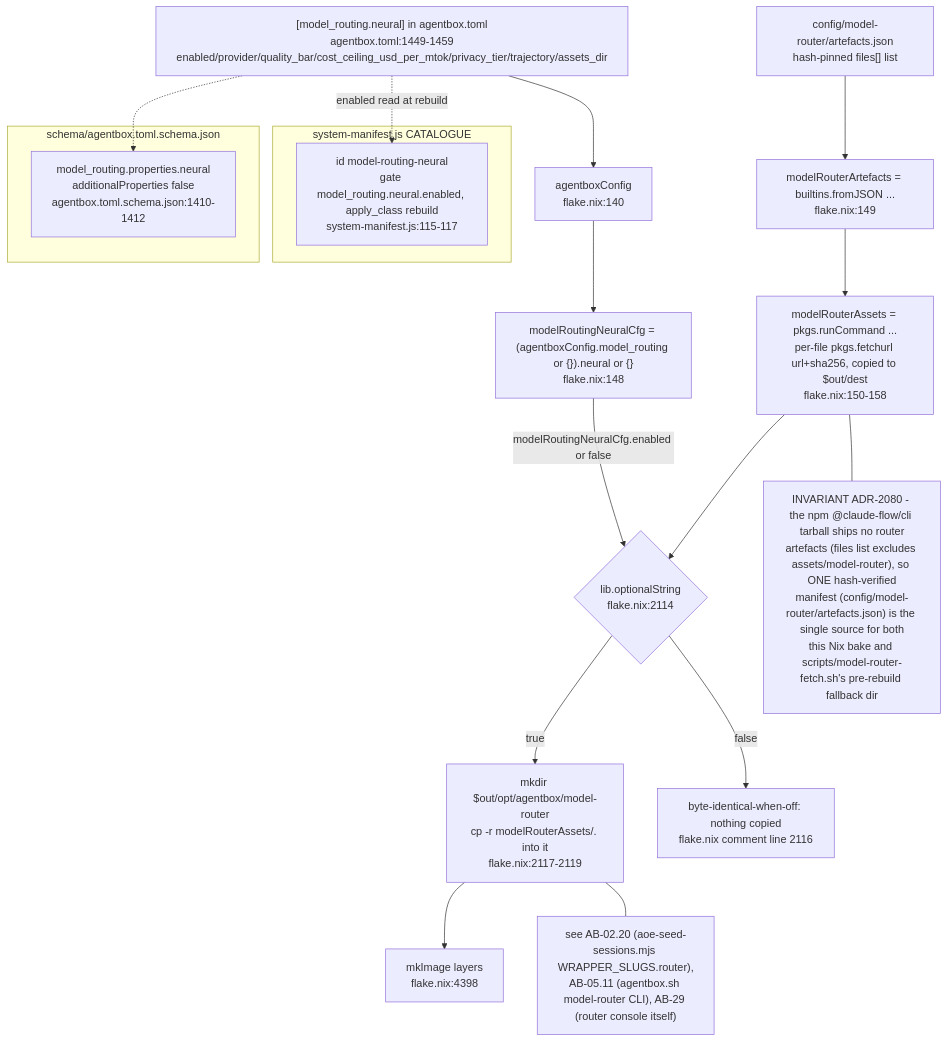
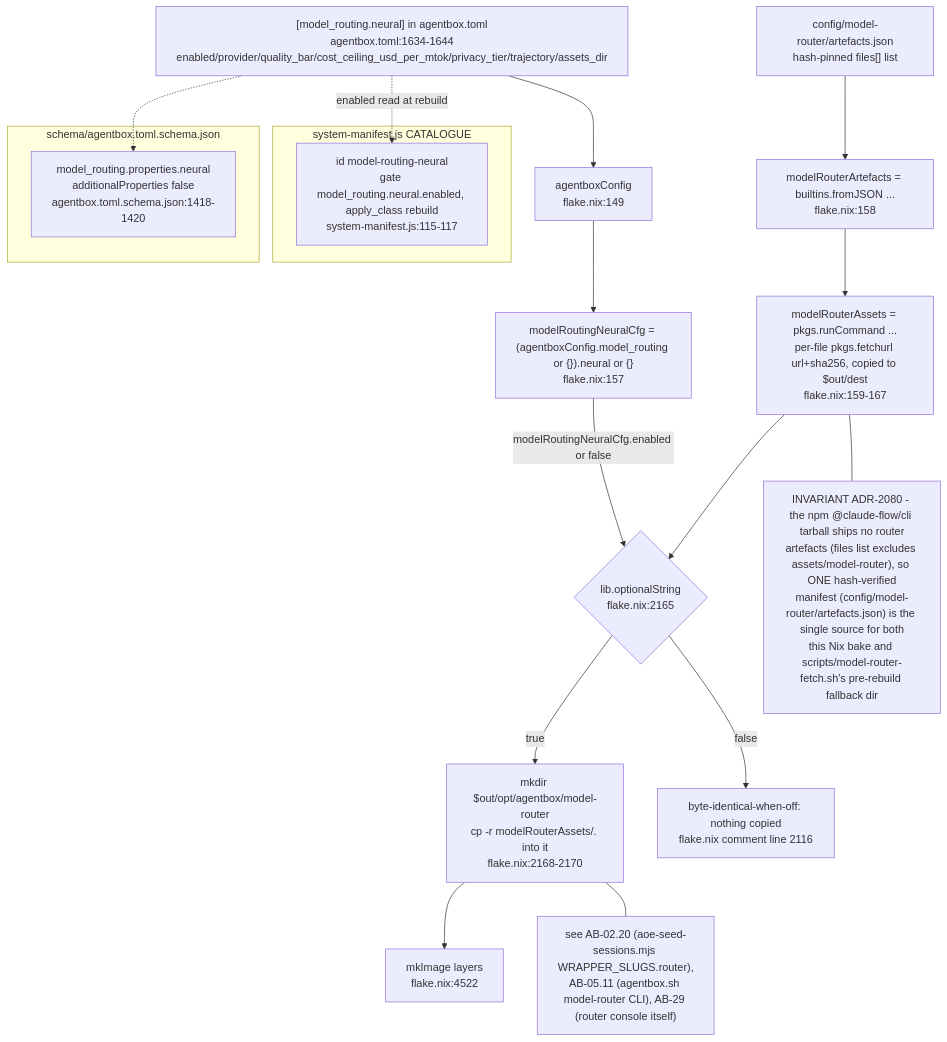
Before and after one commit to DreamLab-AI/VisionFlow: the tenth of 10 diagrams in docs/diagrams/agentbox/01-nix-flake-composition.md, drawn with Mermaid. The commit also changed other lines of this file and 80 other files, not shown here.

First line of the commit message:
docs(diagrams): re-verify the agentbox, dreamlab, estate and visionflow corpus against current sources

````diff
--- a/docs/diagrams/agentbox/01-nix-flake-composition.md
+++ b/docs/diagrams/agentbox/01-nix-flake-composition.md
@@ -442,29 +458,29 @@
 ```mermaid
 flowchart TB
-    TOML2["[model_routing.neural] in agentbox.toml<br/>agentbox.toml:1449-1459<br/>enabled/provider/quality_bar/cost_ceiling_usd_per_mtok/privacy_tier/trajectory/assets_dir"] --> CFG2["agentboxConfig<br/>flake.nix:140"]
-    CFG2 --> MRNCFG["modelRoutingNeuralCfg = (agentboxConfig.model_routing or {}).neural or {}<br/>flake.nix:148"]
-    ARTJSON["config/model-router/artefacts.json<br/>hash-pinned files[] list"] --> MRNFETCH["modelRouterArtefacts = builtins.fromJSON ...<br/>flake.nix:149"]
-    MRNFETCH --> MRNASSETS["modelRouterAssets = pkgs.runCommand ...<br/>per-file pkgs.fetchurl url+sha256, copied to $out/dest<br/>flake.nix:150-158"]
+    TOML2["[model_routing.neural] in agentbox.toml<br/>agentbox.toml:1634-1644<br/>enabled/provider/quality_bar/cost_ceiling_usd_per_mtok/privacy_tier/trajectory/assets_dir"] --> CFG2["agentboxConfig<br/>flake.nix:149"]
+    CFG2 --> MRNCFG["modelRoutingNeuralCfg = (agentboxConfig.model_routing or {}).neural or {}<br/>flake.nix:157"]
+    ARTJSON["config/model-router/artefacts.json<br/>hash-pinned files[] list"] --> MRNFETCH["modelRouterArtefacts = builtins.fromJSON ...<br/>flake.nix:158"]
+    MRNFETCH --> MRNASSETS["modelRouterAssets = pkgs.runCommand ...<br/>per-file pkgs.fetchurl url+sha256, copied to $out/dest<br/>flake.nix:159-167"]
 
-    MRNCFG -->|"modelRoutingNeuralCfg.enabled or false"| GATE{"lib.optionalString<br/>flake.nix:2114"}
+    MRNCFG -->|"modelRoutingNeuralCfg.enabled or false"| GATE{"lib.optionalString<br/>flake.nix:2165"}
     MRNASSETS --> GATE
-    GATE -->|true| BAKE["mkdir $out/opt/agentbox/model-router<br/>cp -r modelRouterAssets/. into it<br/>flake.nix:2117-2119"]
+    GATE -->|true| BAKE["mkdir $out/opt/agentbox/model-router<br/>cp -r modelRouterAssets/. into it<br/>flake.nix:2168-2170"]
     GATE -->|false| SKIP["byte-identical-when-off: nothing copied<br/>flake.nix comment line 2116"]
-    BAKE --> ALLPKG2["mkImage layers<br/>flake.nix:4398"]
+    BAKE --> ALLPKG2["mkImage layers<br/>flake.nix:4522"]
 
     subgraph MANIFEST2["system-manifest.js CATALOGUE"]
         MRNENTRY["id model-routing-neural<br/>gate model_routing.neural.enabled, apply_class rebuild<br/>system-manifest.js:115-117"]
     end
     TOML2 -.->|"enabled read at rebuild"| MRNENTRY
 
     subgraph SCHEMA2["schema/agentbox.toml.schema.json"]
-        NEURALSCHEMA["model_routing.properties.neural<br/>additionalProperties false<br/>agentbox.toml.schema.json:1410-1412"]
+        NEURALSCHEMA["model_routing.properties.neural<br/>additionalProperties false<br/>agentbox.toml.schema.json:1418-1420"]
     end
     TOML2 -.-> NEURALSCHEMA
 
     NOTE1["INVARIANT ADR-2080 - the npm @claude-flow/cli tarball ships no router<br/>artefacts (files list excludes assets/model-router), so ONE hash-verified<br/>manifest (config/model-router/artefacts.json) is the single source for both<br/>this Nix bake and scripts/model-router-fetch.sh's pre-rebuild fallback dir"]
     MRNASSETS --- NOTE1
 
     NOTE2["see AB-02.20 (aoe-seed-sessions.mjs WRAPPER_SLUGS.router),<br/>AB-05.11 (agentbox.sh model-router CLI), AB-29 (router console itself)"]
     BAKE --- NOTE2
 ```
````
